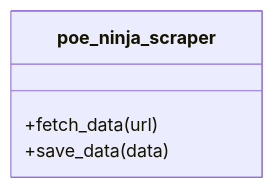
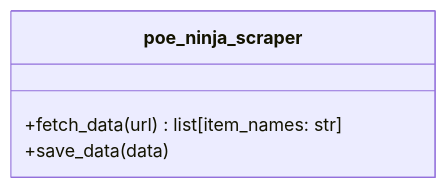
One commit to DixieSquad/weary-traveler changed the seventh of 13 diagrams in documentation/software-design-document.md. Above: the diagram before and after it, drawn with Mermaid. The commit also changed other lines of this file, not shown here.

````diff
--- a/documentation/software-design-document.md
+++ b/documentation/software-design-document.md
@@ -199,7 +199,7 @@
 ```mermaid
 classDiagram
 class poe_ninja_scraper{
-    +fetch_data(url)
+    +fetch_data(url) list[item_names: str]
     +save_data(data)
 }
 ```
````
